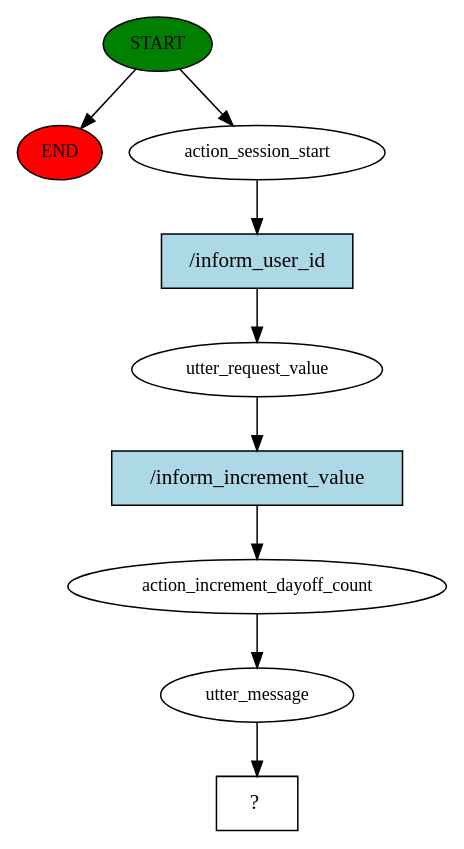
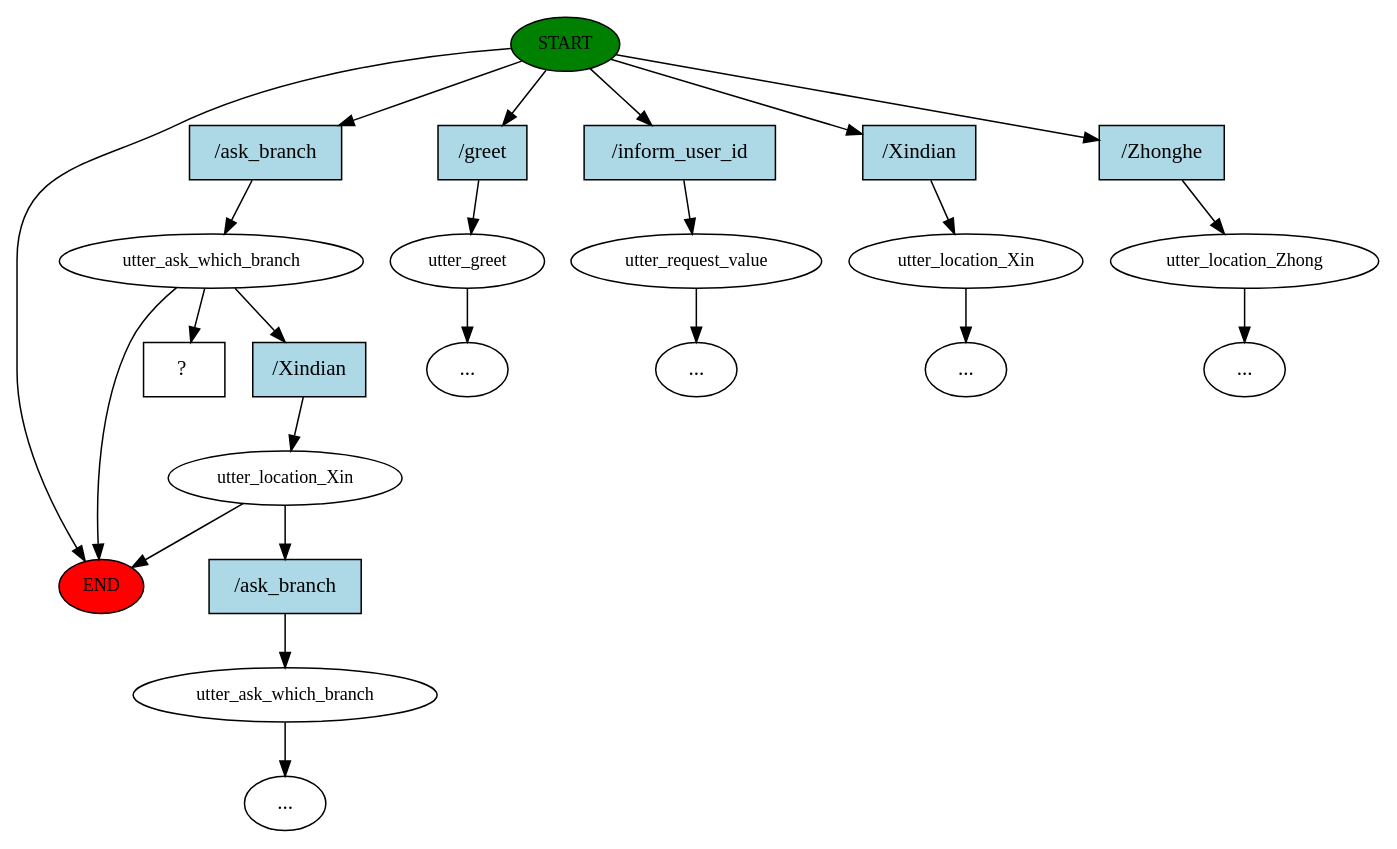
The diagram in story_graph.dot (james11200/rasa_chatbot), drawn with Graphviz before and after one commit. The commit also changed 162 other files, not shown here.

Commit message:
add ask branch stories and  buttons functions

```diff
--- a/story_graph.dot
+++ b/story_graph.dot
@@ -1,19 +1,47 @@
 digraph  {
 0 [class="start active", fillcolor=green, fontsize=12, label=START, style=filled];
 "-1" [class=end, fillcolor=red, fontsize=12, label=END, style=filled];
-1 [class=active, fontsize=12, label=action_session_start];
-2 [class=active, fontsize=12, label=utter_request_value];
-3 [class=active, fontsize=12, label=action_increment_dayoff_count];
-4 [class=active, fontsize=12, label=utter_message];
-5 [class="intent dashed active", label="  ?  ", shape=rect];
-6 [class="intent active", fillcolor=lightblue, label="/inform_user_id", shape=rect, style=filled];
-7 [class="intent active", fillcolor=lightblue, label="/inform_increment_value", shape=rect, style=filled];
+1 [class=active, fontsize=12, label=utter_ask_which_branch];
+2 [class="", fontsize=12, label=utter_location_Xin];
+3 [class="", fontsize=12, label=utter_ask_which_branch];
+"-3" [class=ellipsis, label="..."];
+6 [class="", fontsize=12, label=utter_greet];
+"-4" [class=ellipsis, label="..."];
+7 [class="", fontsize=12, label=utter_request_value];
+"-6" [class=ellipsis, label="..."];
+10 [class="", fontsize=12, label=utter_location_Xin];
+"-7" [class=ellipsis, label="..."];
+11 [class="", fontsize=12, label=utter_location_Zhong];
+"-8" [class=ellipsis, label="..."];
+13 [class="intent dashed active", label="  ?  ", shape=rect];
+14 [class="intent active", fillcolor=lightblue, label="/ask_branch", shape=rect, style=filled];
+15 [class=intent, fillcolor=lightblue, label="/greet", shape=rect, style=filled];
+16 [class=intent, fillcolor=lightblue, label="/inform_user_id", shape=rect, style=filled];
+17 [class=intent, fillcolor=lightblue, label="/Xindian", shape=rect, style=filled];
+18 [class=intent, fillcolor=lightblue, label="/Zhonghe", shape=rect, style=filled];
+19 [class=intent, fillcolor=lightblue, label="/Xindian", shape=rect, style=filled];
+20 [class=intent, fillcolor=lightblue, label="/ask_branch", shape=rect, style=filled];
 0 -> "-1"  [class="", key=NONE, label=""];
-0 -> 1  [class=active, key=NONE, label=""];
-1 -> 6  [class=active, key=0];
-2 -> 7  [class=active, key=0];
-3 -> 4  [class=active, key=NONE, label=""];
-4 -> 5  [class=active, key=NONE, label=""];
-6 -> 2  [class=active, key=0];
-7 -> 3  [class=active, key=0];
+0 -> 14  [class=active, key=0];
+0 -> 15  [class="", key=0];
+0 -> 16  [class="", key=0];
+0 -> 17  [class="", key=0];
+0 -> 18  [class="", key=0];
+1 -> "-1"  [class="", key=NONE, label=""];
+1 -> 13  [class=active, key=NONE, label=""];
+1 -> 19  [class="", key=0];
+2 -> "-1"  [class="", key=NONE, label=""];
+2 -> 20  [class="", key=0];
+3 -> "-3"  [class="", key=NONE, label=""];
+6 -> "-4"  [class="", key=NONE, label=""];
+7 -> "-6"  [class="", key=NONE, label=""];
+10 -> "-7"  [class="", key=NONE, label=""];
+11 -> "-8"  [class="", key=NONE, label=""];
+14 -> 1  [class=active, key=0];
+15 -> 6  [class="", key=0];
+16 -> 7  [class="", key=0];
+17 -> 10  [class="", key=0];
+18 -> 11  [class="", key=0];
+19 -> 2  [class="", key=0];
+20 -> 3  [class="", key=0];
 }
```
